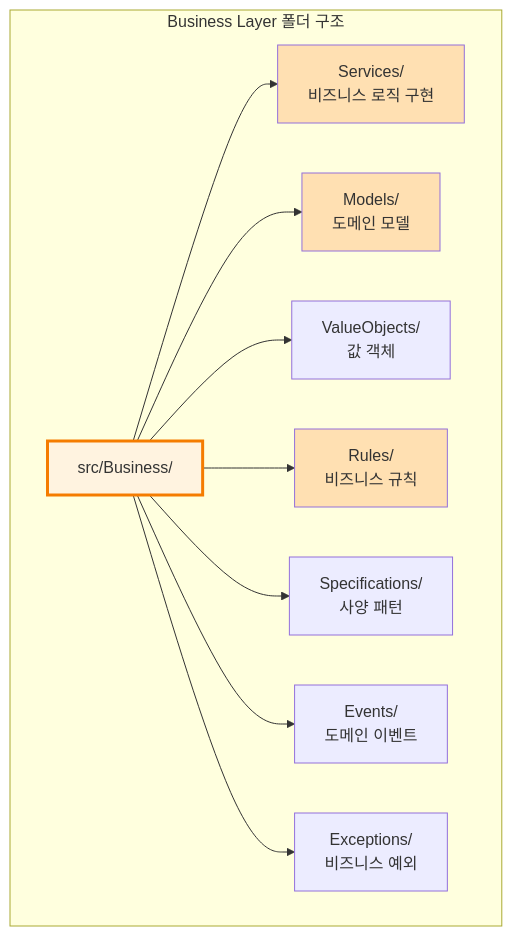
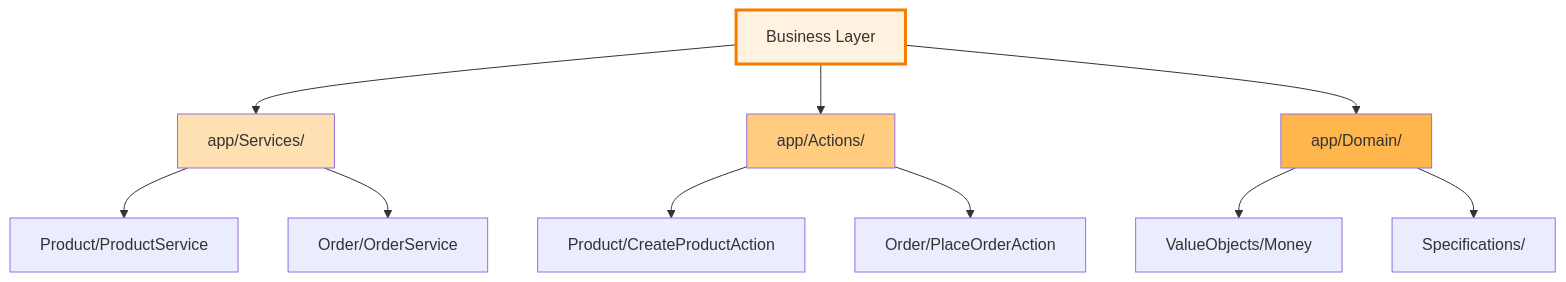
The fifth of 9 diagrams in architecture/layered/php/README.md (shaul1991/study-architecture), drawn with Mermaid before and after one commit. The commit also changed other lines of this file and 1 other file, not shown here.

````diff
--- a/architecture/layered/php/README.md
+++ b/architecture/layered/php/README.md
@@ -376,19 +653,22 @@
 ```mermaid
 graph TB
-    subgraph "Business Layer 폴더 구조"
-        BIZ[src/Business/]
+    BUSINESS[Business Layer]
 
-        BIZ --> SVC[Services/<br/>비즈니스 로직 구현]
-        BIZ --> MODEL[Models/<br/>도메인 모델]
-        BIZ --> VO[ValueObjects/<br/>값 객체]
-        BIZ --> RULE[Rules/<br/>비즈니스 규칙]
-        BIZ --> SPEC[Specifications/<br/>사양 패턴]
-        BIZ --> EVT[Events/<br/>도메인 이벤트]
-        BIZ --> EXC[Exceptions/<br/>비즈니스 예외]
-    end
+    BUSINESS --> SVC[app/Services/]
+    BUSINESS --> ACT[app/Actions/]
+    BUSINESS --> DOM[app/Domain/]
 
-    style BIZ fill:#fff3e0,stroke:#f57c00,stroke-width:3px
+    SVC --> SVC_PROD[Product/ProductService]
+    SVC --> SVC_ORDER[Order/OrderService]
+
+    ACT --> ACT_PROD[Product/CreateProductAction]
+    ACT --> ACT_ORDER[Order/PlaceOrderAction]
+
+    DOM --> DOM_VO[ValueObjects/Money]
+    DOM --> DOM_SPEC[Specifications/]
+
+    style BUSINESS fill:#fff3e0,stroke:#f57c00,stroke-width:3px
     style SVC fill:#ffe0b2
-    style MODEL fill:#ffe0b2
-    style RULE fill:#ffe0b2
+    style ACT fill:#ffcc80
+    style DOM fill:#ffb74d
 ```
````
